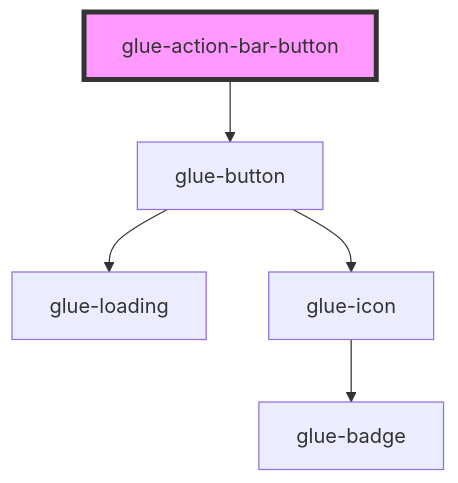
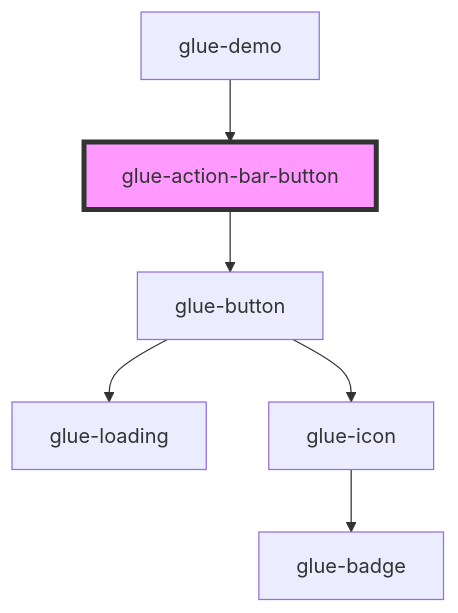
One commit to grasilife/glue changed the diagram in packages/glue-components/src/components/glue-action-bar-button/readme.md. Above: the diagram before and after it, drawn with Mermaid. The commit also changed other lines of this file and 5 other files, not shown here.

Commit message:
添加ActionBar 动作栏 demo

````diff
--- a/packages/glue-components/src/components/glue-action-bar-button/readme.md
+++ b/packages/glue-components/src/components/glue-action-bar-button/readme.md
@@ -34,8 +38,9 @@
 ```mermaid
 graph TD;
   glue-action-bar-button --> glue-button
   glue-button --> glue-loading
   glue-button --> glue-icon
   glue-icon --> glue-badge
+  glue-demo --> glue-action-bar-button
   style glue-action-bar-button fill:#f9f,stroke:#333,stroke-width:4px
 ```
````
